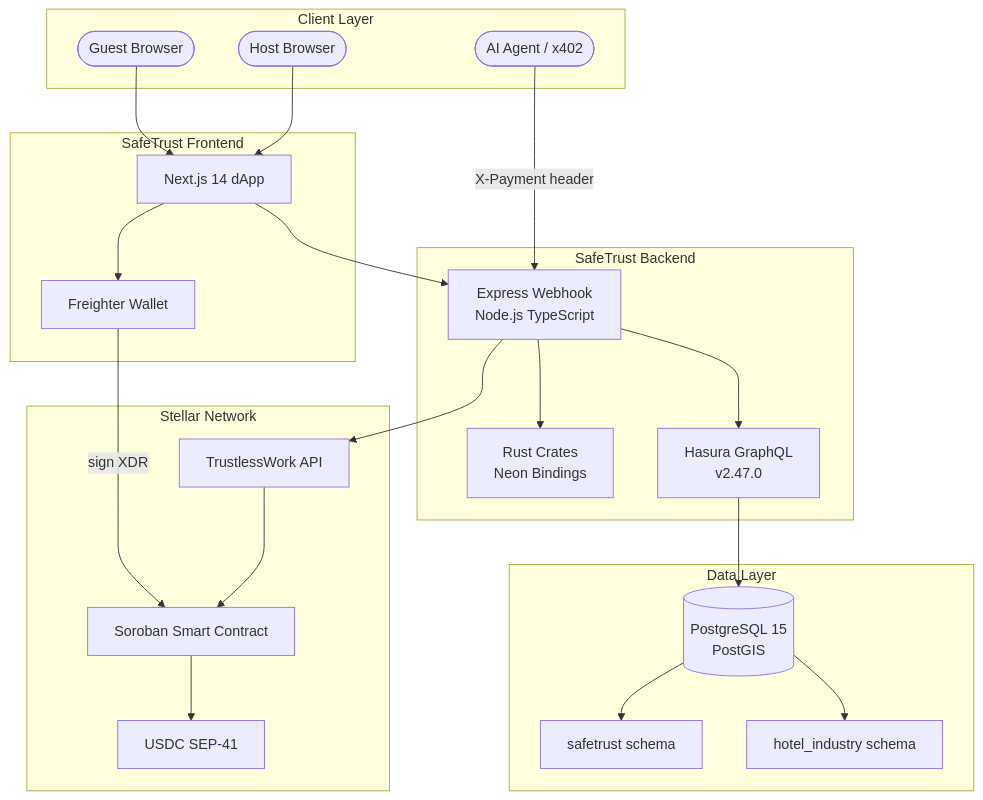
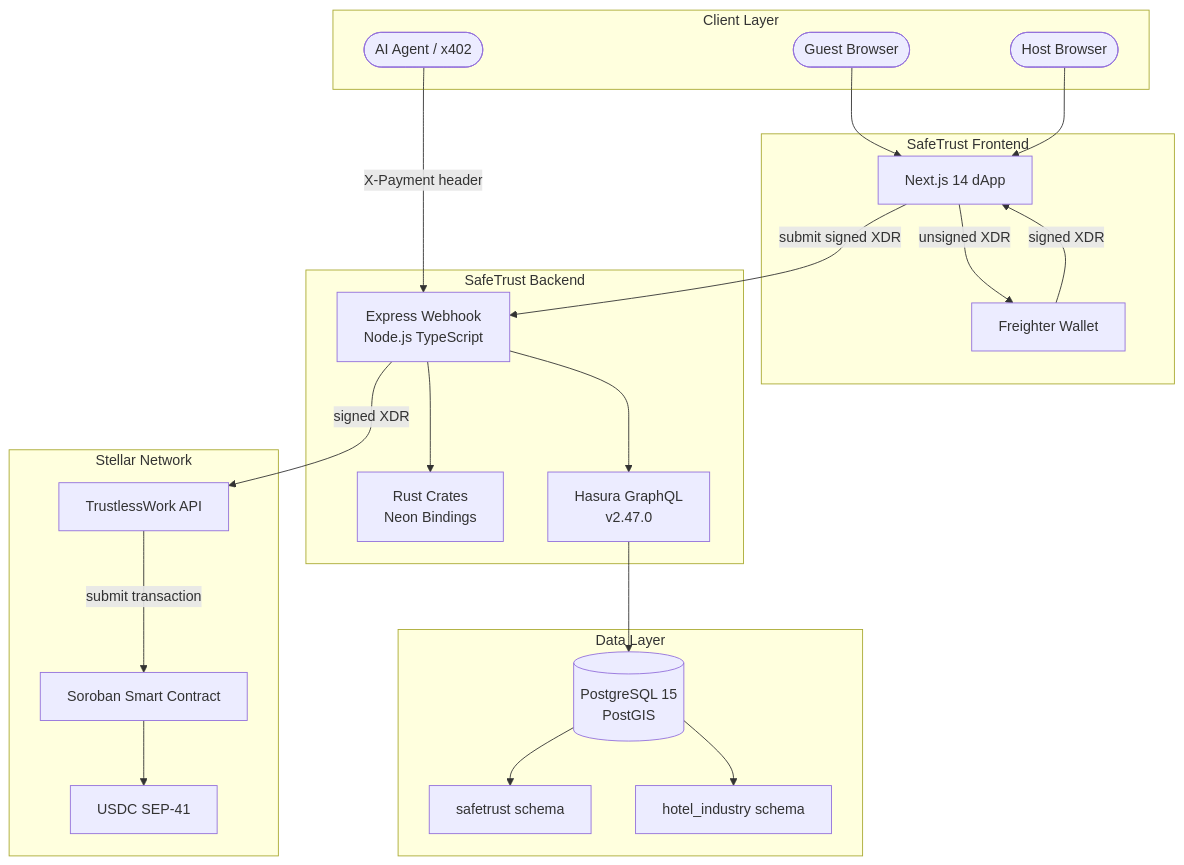
The first of 4 diagrams in docs/architecture/overview.md (safetrustcr/backend-SafeTrust), drawn with Mermaid before and after one commit. The commit also changed 2 other files, not shown here.

Commit message:
docs: align escrow and x402 flows with implementation

````diff
--- a/docs/architecture/overview.md
+++ b/docs/architecture/overview.md
@@ -10,46 +10,46 @@
 ```mermaid
 flowchart TD
     subgraph Client Layer
         GU([Guest Browser])
         HO([Host Browser])
         AI([AI Agent / x402])
     end
 
     subgraph SafeTrust Frontend
         FE[Next.js 14 dApp]
         FW[Freighter Wallet]
     end
 
     subgraph SafeTrust Backend
         WH[Express Webhook\nNode.js TypeScript]
         RC[Rust Crates\nNeon Bindings]
         HG[Hasura GraphQL\nv2.47.0]
     end
 
     subgraph Data Layer
         PG[(PostgreSQL 15\nPostGIS)]
         ST[safetrust schema]
         HI[hotel_industry schema]
     end
 
     subgraph Stellar Network
         TW[TrustlessWork API]
         SC[Soroban Smart Contract]
         USDC[USDC SEP-41]
     end
 
     GU --> FE
     HO --> FE
     AI -->|X-Payment header| WH
-    FE --> FW
-    FE --> WH
-    FW -->|sign XDR| SC
+    FE -->|unsigned XDR| FW
+    FW -->|signed XDR| FE
+    FE -->|submit signed XDR| WH
     WH --> RC
     WH --> HG
-    WH --> TW
-    TW --> SC
+    WH -->|signed XDR| TW
+    TW -->|submit transaction| SC
     SC --> USDC
     HG --> PG
     PG --> ST
     PG --> HI
 ```
````
